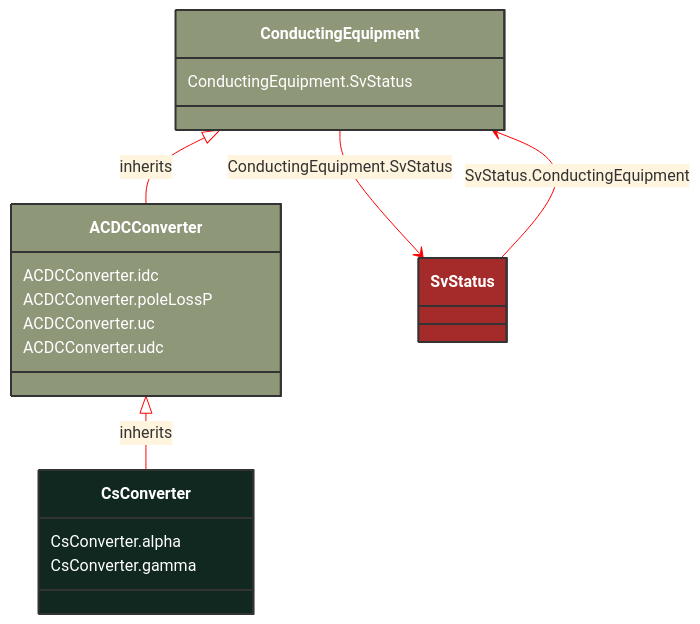
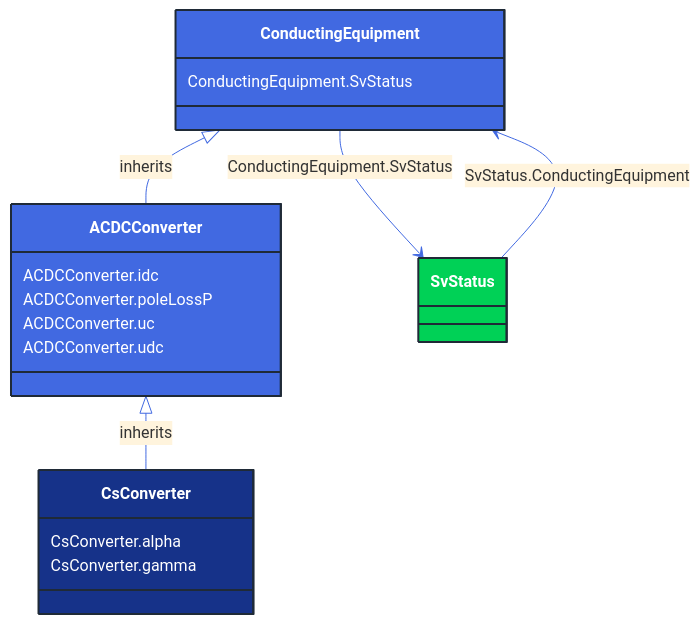
The diagram in docs/Models/Profiles/StateVariables/ConcreteClasses/CsConverter.md (3lbits/NoCIMExtensions), drawn with Mermaid before and after one commit. The commit also changed 362 other files, not shown here.

First line of the commit message:
Update diagrams and styles for improved visual consistency

````diff
--- a/docs/Models/Profiles/StateVariables/ConcreteClasses/CsConverter.md
+++ b/docs/Models/Profiles/StateVariables/ConcreteClasses/CsConverter.md
@@ -12,36 +12,36 @@
 ```mermaid
-%%{init: {'theme':'base','themeVariables': {'lineColor': '#FF0000'}}}%%
+%%{init: {'theme':'base','themeVariables': {'lineColor': '#4169E1'}}}%%
 classDiagram
     class CsConverter
     click CsConverter href "/Models/Profiles/StateVariables/ConcreteClasses/CsConverter/"
-    style CsConverter fill:#102820,stroke:#333,stroke-width:2px,rx:10,ry:10,color:white
+    style CsConverter fill:#163289,stroke:#1F2A37,stroke-width:2px,rx:10,ry:10,color:white
      
         ACDCConverter <|-- CsConverter : inherits
             click ACDCConverter href "/Models/Profiles/StateVariables/AbstractClasses/ACDCConverter/"
-            style ACDCConverter fill:#8F9779,stroke:#333,stroke-width:2px,rx:10,ry:10,color:white
+            style ACDCConverter fill:#4169E1,stroke:#1F2A37,stroke-width:2px,rx:10,ry:10,color:white
      
         ConductingEquipment <|-- ACDCConverter : inherits
             click ConductingEquipment href "/Models/Profiles/StateVariables/AbstractClasses/ConductingEquipment/"
-            style ConductingEquipment fill:#8F9779,stroke:#333,stroke-width:2px,rx:10,ry:10,color:white
+            style ConductingEquipment fill:#4169E1,stroke:#1F2A37,stroke-width:2px,rx:10,ry:10,color:white
 
         ConductingEquipment --> SvStatus : ConductingEquipment.SvStatus
 
         SvStatus
             click SvStatus href "/Models/Profiles/StateVariables/ConcreteClasses/SvStatus/"
-            style SvStatus fill:#A52A2A,stroke:#333,stroke-width:2px,rx:10,ry:10,color:white
+            style SvStatus fill:#00D156,stroke:#1F2A37,stroke-width:2px,rx:10,ry:10,color:white
 
         SvStatus --> ConductingEquipment : SvStatus.ConductingEquipment
 
         SvStatus
             click SvStatus href "/Models/Profiles/StateVariables/ConcreteClasses/SvStatus/"
-            style SvStatus fill:#A52A2A,stroke:#333,stroke-width:2px,rx:10,ry:10,color:white
+            style SvStatus fill:#00D156,stroke:#1F2A37,stroke-width:2px,rx:10,ry:10,color:white
 
 
         CsConverter : CsConverter.alpha
         CsConverter : CsConverter.gamma
         ACDCConverter : ACDCConverter.idc
         ACDCConverter : ACDCConverter.poleLossP
         ACDCConverter : ACDCConverter.uc
         ACDCConverter : ACDCConverter.udc
         ConductingEquipment : ConductingEquipment.SvStatus
 ```
````
